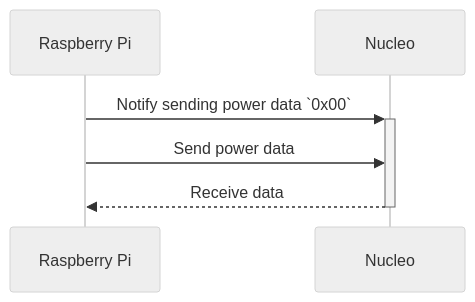
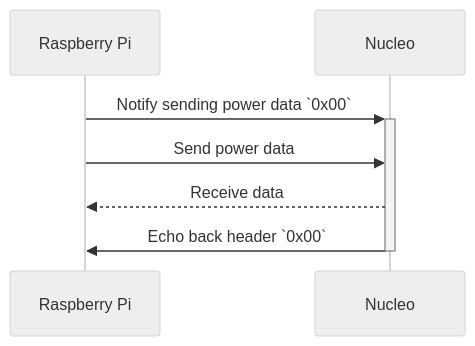
One commit to rogy-AquaLab/2024_umiusi_nucleo changed the second of 6 diagrams in README.md. Above: the diagram before and after it, drawn with Mermaid (neutral theme). The commit also changed other lines of this file, not shown here.

````diff
--- a/README.md
+++ b/README.md
@@ -15,8 +16,9 @@
 ```mermaid
 sequenceDiagram
     participant RPi as Raspberry Pi
     participant N as Nucleo
     RPi ->>+ N: Notify sending power data `0x00`
     RPi ->> N: Send power data
-    N -->>- RPi: Receive data
+    N -->> RPi: Receive data
+    N ->>- RPi: Echo back header `0x00`
 ```
````
